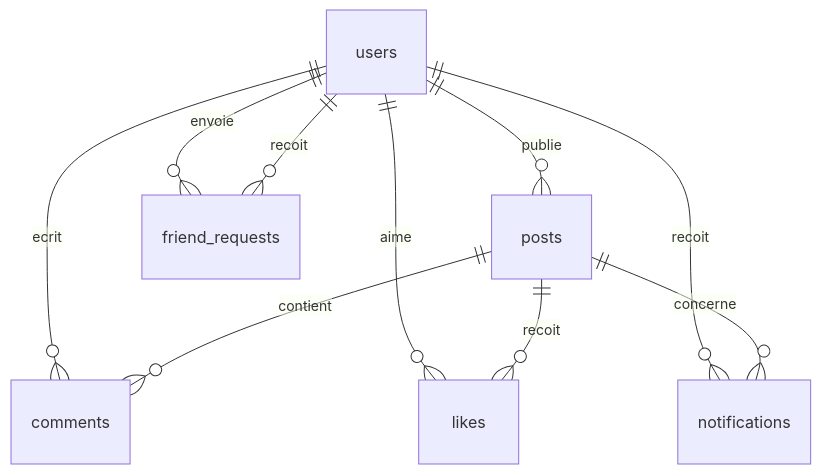
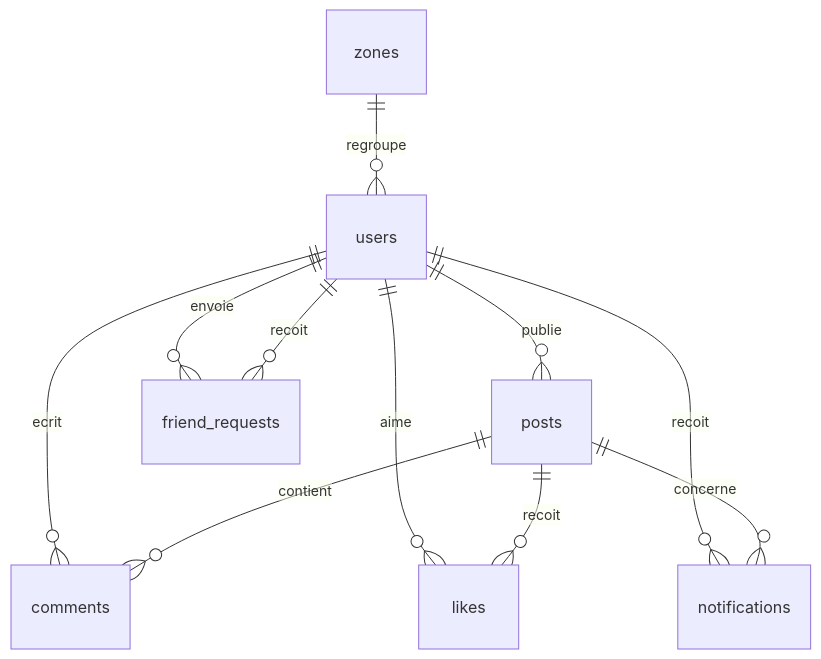
Before and after one commit to AbadieThomasPro/Gestion-de-projet: the diagram in docs/DATABASE.md, drawn with Mermaid. The commit also changed other lines of this file and 28 other files, not shown here.

````diff
--- a/docs/DATABASE.md
+++ b/docs/DATABASE.md
@@ -19,12 +19,13 @@
 ```mermaid
 erDiagram
+    zones ||--o{ users : regroupe
     users ||--o{ posts : publie
     users ||--o{ comments : ecrit
     posts ||--o{ comments : contient
     users ||--o{ likes : aime
     posts ||--o{ likes : recoit
     users ||--o{ friend_requests : envoie
     users ||--o{ friend_requests : recoit
     users ||--o{ notifications : recoit
     posts ||--o{ notifications : concerne
 ```
````
